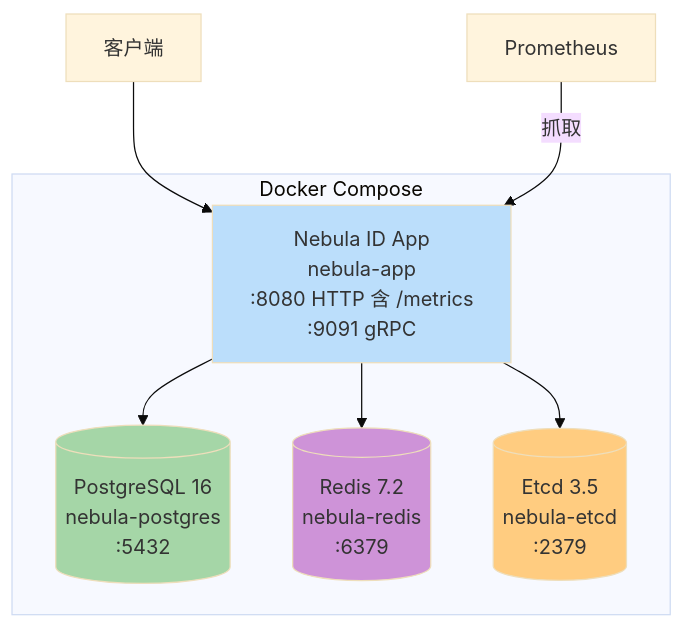
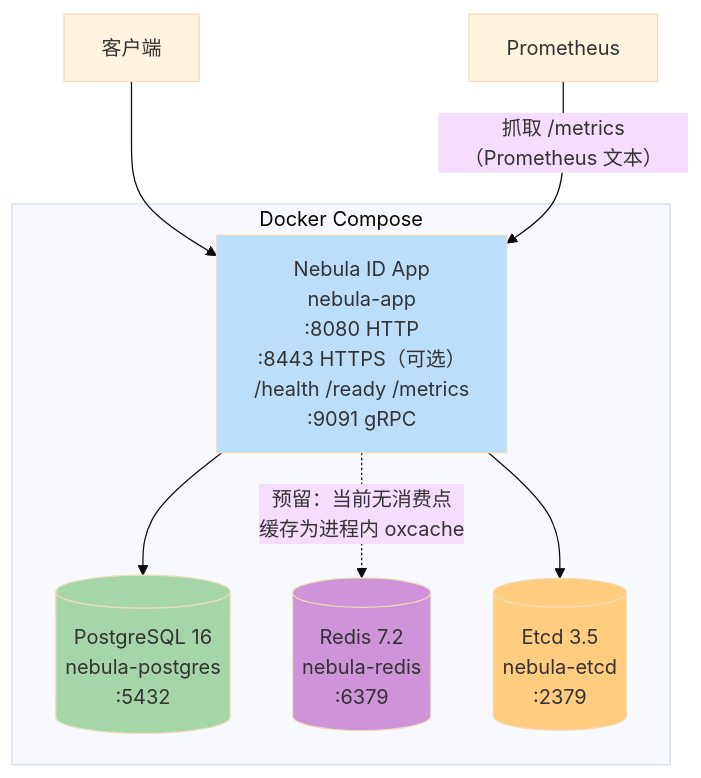
Before and after one commit to Kirky-X/NebulaId: the diagram in docs/DEPLOYMENT.md, drawn with Mermaid (base theme). The commit also changed other lines of this file and 41 other files, not shown here.

````diff
--- a/docs/DEPLOYMENT.md
+++ b/docs/DEPLOYMENT.md
@@ -21,21 +21,21 @@
 ```mermaid
 graph TB
     subgraph Docker Compose
-        App[Nebula ID App<br/>nebula-app<br/>:8080 HTTP 含 /metrics<br/>:9091 gRPC]
+        App[Nebula ID App<br/>nebula-app<br/>:8080 HTTP<br/>:8443 HTTPS（可选）<br/>/health /ready /metrics<br/>:9091 gRPC]
         PG[(PostgreSQL 16<br/>nebula-postgres<br/>:5432)]
         Redis[(Redis 7.2<br/>nebula-redis<br/>:6379)]
         Etcd[(Etcd 3.5<br/>nebula-etcd<br/>:2379)]
     end
 
     Client[客户端] --> App
     App --> PG
-    App --> Redis
     App --> Etcd
+    App -.->|预留：当前无消费点<br/>缓存为进程内 oxcache| Redis
 
-    Prom[Prometheus] -->|抓取| App
+    Prom[Prometheus] -->|抓取 /metrics（Prometheus 文本）| App
 
     style App fill:#bbdefb
     style PG fill:#a5d6a7
     style Redis fill:#ce93d8
     style Etcd fill:#ffcc80
 ```
````
